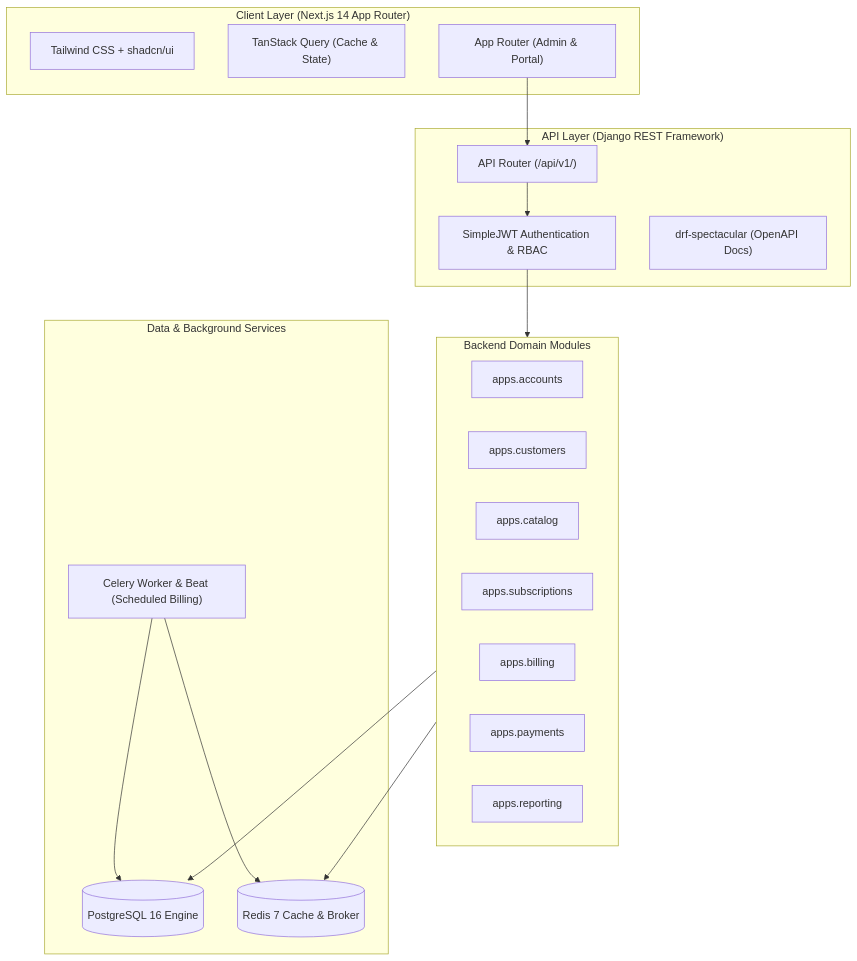
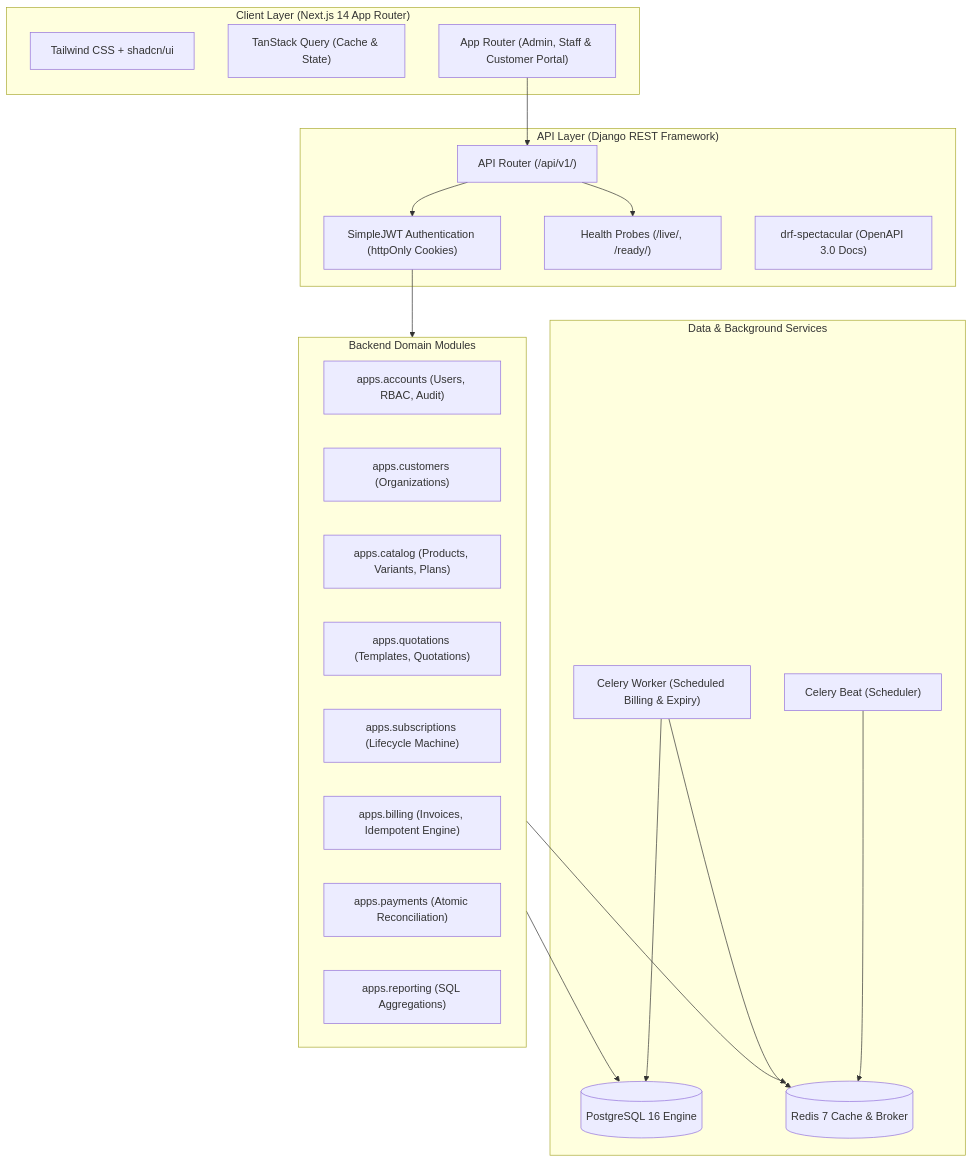
Before and after one commit to aloshy0/Makeaton: the diagram in docs/ARCHITECTURE.md, drawn with Mermaid. The commit also changed other lines of this file and 58 other files, not shown here.

Commit message:
chore: complete development environment setup and architecture audit

````diff
--- a/docs/ARCHITECTURE.md
+++ b/docs/ARCHITECTURE.md
@@ -10,38 +15,43 @@
 ```mermaid
 flowchart TD
     subgraph ClientLayer ["Client Layer (Next.js 14 App Router)"]
         UI["Tailwind CSS + shadcn/ui"]
         TQuery["TanStack Query (Cache & State)"]
-        Router["App Router (Admin & Portal)"]
+        Router["App Router (Admin, Staff & Customer Portal)"]
     end
 
     subgraph APIGateway ["API Layer (Django REST Framework)"]
-        JWT["SimpleJWT Authentication & RBAC"]
+        JWT["SimpleJWT Authentication (httpOnly Cookies)"]
         V1["API Router (/api/v1/)"]
-        Doc["drf-spectacular (OpenAPI Docs)"]
+        HealthProbes["Health Probes (/live/, /ready/)"]
+        Doc["drf-spectacular (OpenAPI 3.0 Docs)"]
     end
 
     subgraph DomainModules ["Backend Domain Modules"]
-        M_ACC["apps.accounts"]
-        M_CUST["apps.customers"]
-        M_CAT["apps.catalog"]
-        M_SUB["apps.subscriptions"]
-        M_BILL["apps.billing"]
-        M_PAY["apps.payments"]
-        M_REP["apps.reporting"]
+        M_ACC["apps.accounts (Users, RBAC, Audit)"]
+        M_CUST["apps.customers (Organizations)"]
+        M_CAT["apps.catalog (Products, Variants, Plans)"]
+        M_QUOT["apps.quotations (Templates, Quotations)"]
+        M_SUB["apps.subscriptions (Lifecycle Machine)"]
+        M_BILL["apps.billing (Invoices, Idempotent Engine)"]
+        M_PAY["apps.payments (Atomic Reconciliation)"]
+        M_REP["apps.reporting (SQL Aggregations)"]
     end
 
     subgraph AsyncAndData ["Data & Background Services"]
         PG[(PostgreSQL 16 Engine)]
         Redis[(Redis 7 Cache & Broker)]
-        Celery["Celery Worker & Beat (Scheduled Billing)"]
+        Celery["Celery Worker (Scheduled Billing & Expiry)"]
+        Beat["Celery Beat (Scheduler)"]
     end
 
     Router --> V1
     V1 --> JWT
+    V1 --> HealthProbes
     JWT --> DomainModules
     DomainModules --> PG
     DomainModules --> Redis
+    Beat --> Redis
+    Celery --> Redis
     Celery --> PG
-    Celery --> Redis
 ```
````
